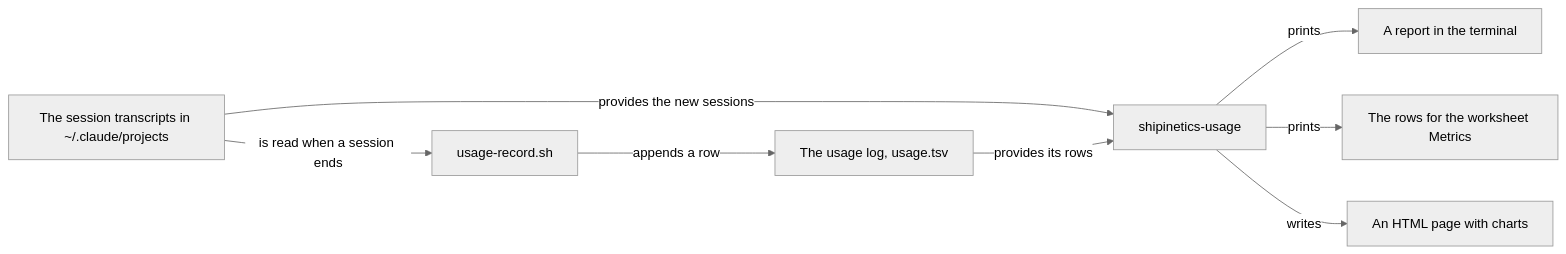
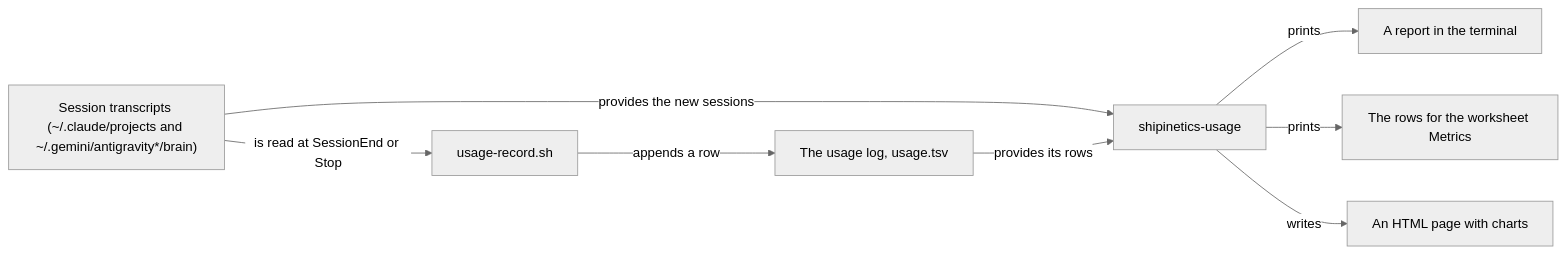
One commit to DreKwasi/shipinetics changed the diagram in README.md. Above: the diagram before and after it, drawn with Mermaid (neutral theme). The commit also changed other lines of this file, not shown here.

First line of the commit message:
Update remaining README sections for Antigravity

````diff
--- a/README.md
+++ b/README.md
@@ -441,10 +442,10 @@
 ```mermaid
 flowchart LR
-  T["The session transcripts in ~/.claude/projects"] -->|"is read when a session ends"| H["usage-record.sh"]
+  T["Session transcripts (~/.claude/projects and ~/.gemini/antigravity*/brain)"] -->|"is read at SessionEnd or Stop"| H["usage-record.sh"]
   H -->|"appends a row"| L["The usage log, usage.tsv"]
   T -->|"provides the new sessions"| U["shipinetics-usage"]
   L -->|"provides its rows"| U
   U -->|"prints"| R["A report in the terminal"]
   U -->|"prints"| W["The rows for the worksheet Metrics"]
   U -->|"writes"| P["An HTML page with charts"]
 ```
````
